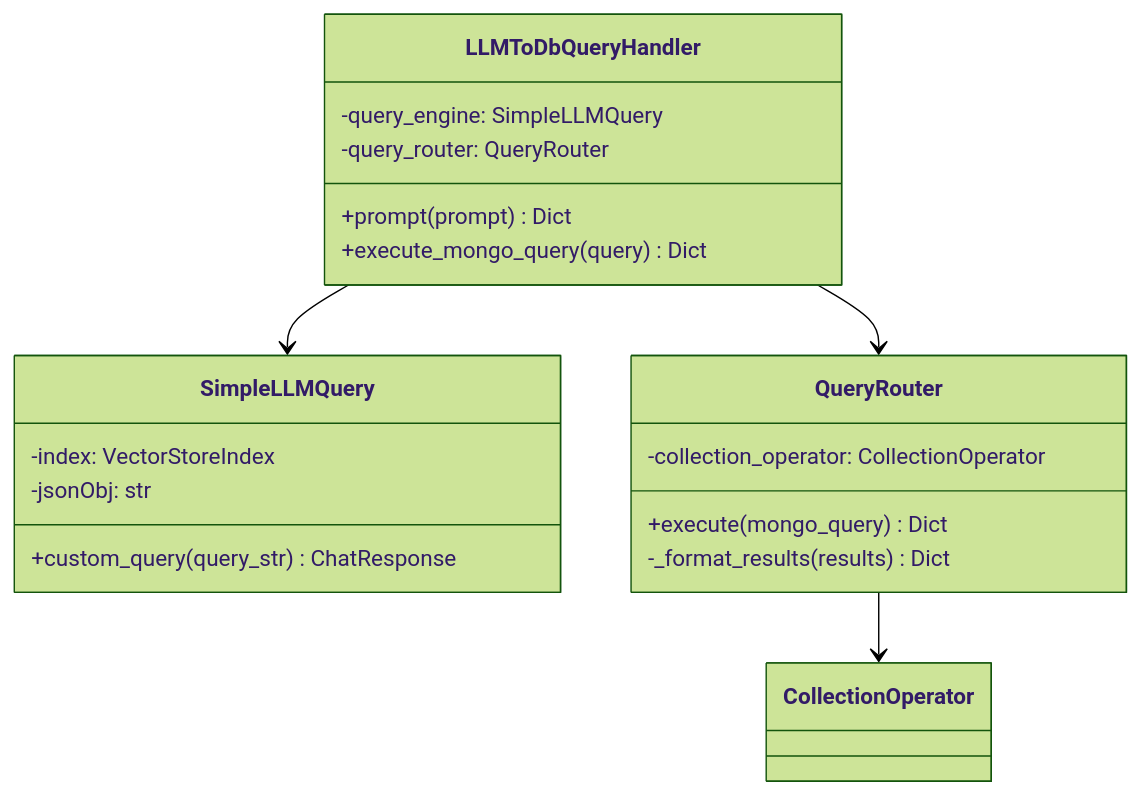
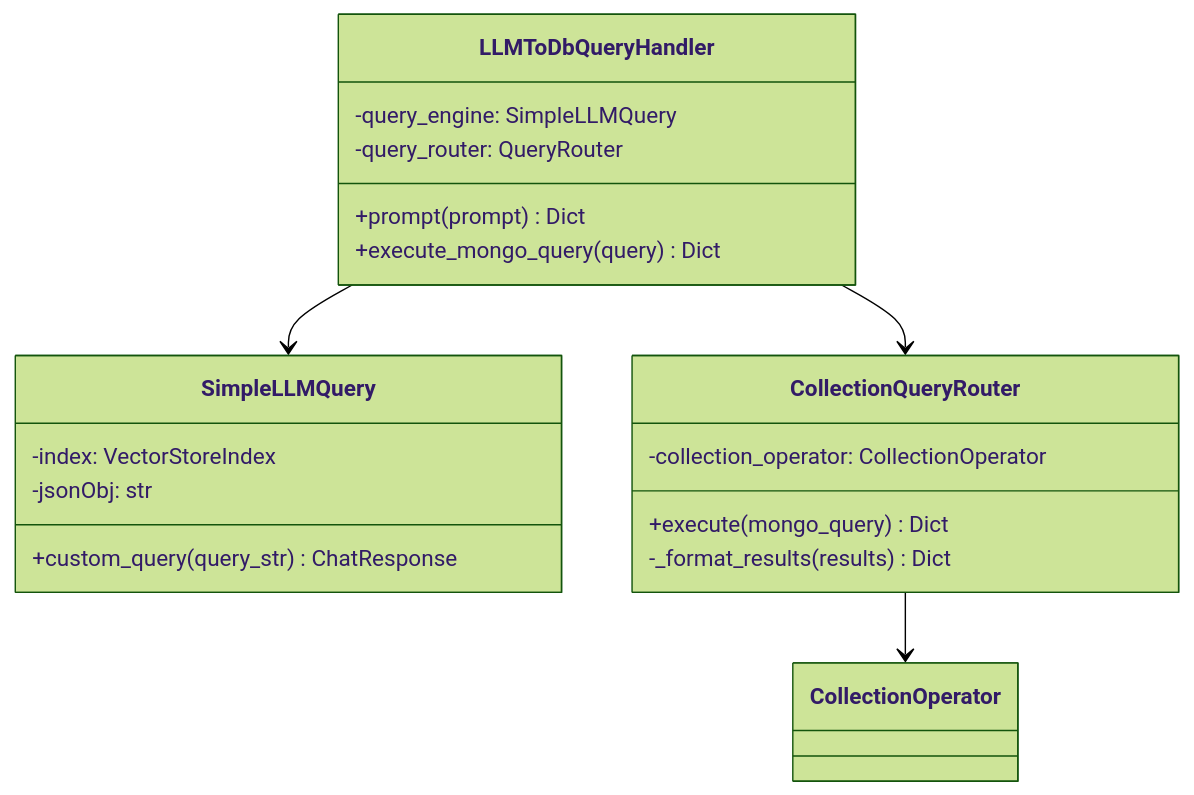
The third of 3 diagrams in README.md (scherng/CMDBSvc), drawn with Mermaid (forest theme) before and after one commit. The commit also changed other lines of this file and 2 other files, not shown here.

Commit message:
update router name

````diff
--- a/README.md
+++ b/README.md
@@ -125,26 +126,26 @@
 ```mermaid
 classDiagram
     class LLMToDbQueryHandler {
         -query_engine: SimpleLLMQuery
         -query_router: QueryRouter
         +prompt(prompt) Dict
         +execute_mongo_query(query) Dict
     }
 
     class SimpleLLMQuery {
         -index: VectorStoreIndex
         -jsonObj: str
         +custom_query(query_str) ChatResponse
     }
 
-    class QueryRouter {
+    class CollectionQueryRouter {
         -collection_operator: CollectionOperator
         +execute(mongo_query) Dict
         -_format_results(results) Dict
     }
 
     LLMToDbQueryHandler --> SimpleLLMQuery
-    LLMToDbQueryHandler --> QueryRouter
-    QueryRouter --> CollectionOperator
+    LLMToDbQueryHandler --> CollectionQueryRouter
+    CollectionQueryRouter --> CollectionOperator
 
 ```
````
